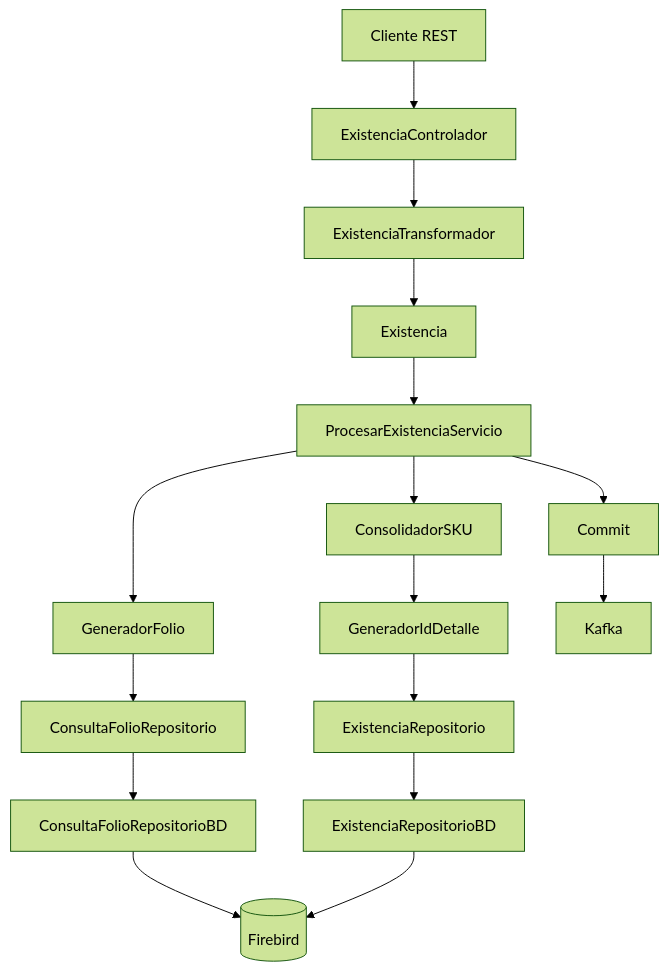
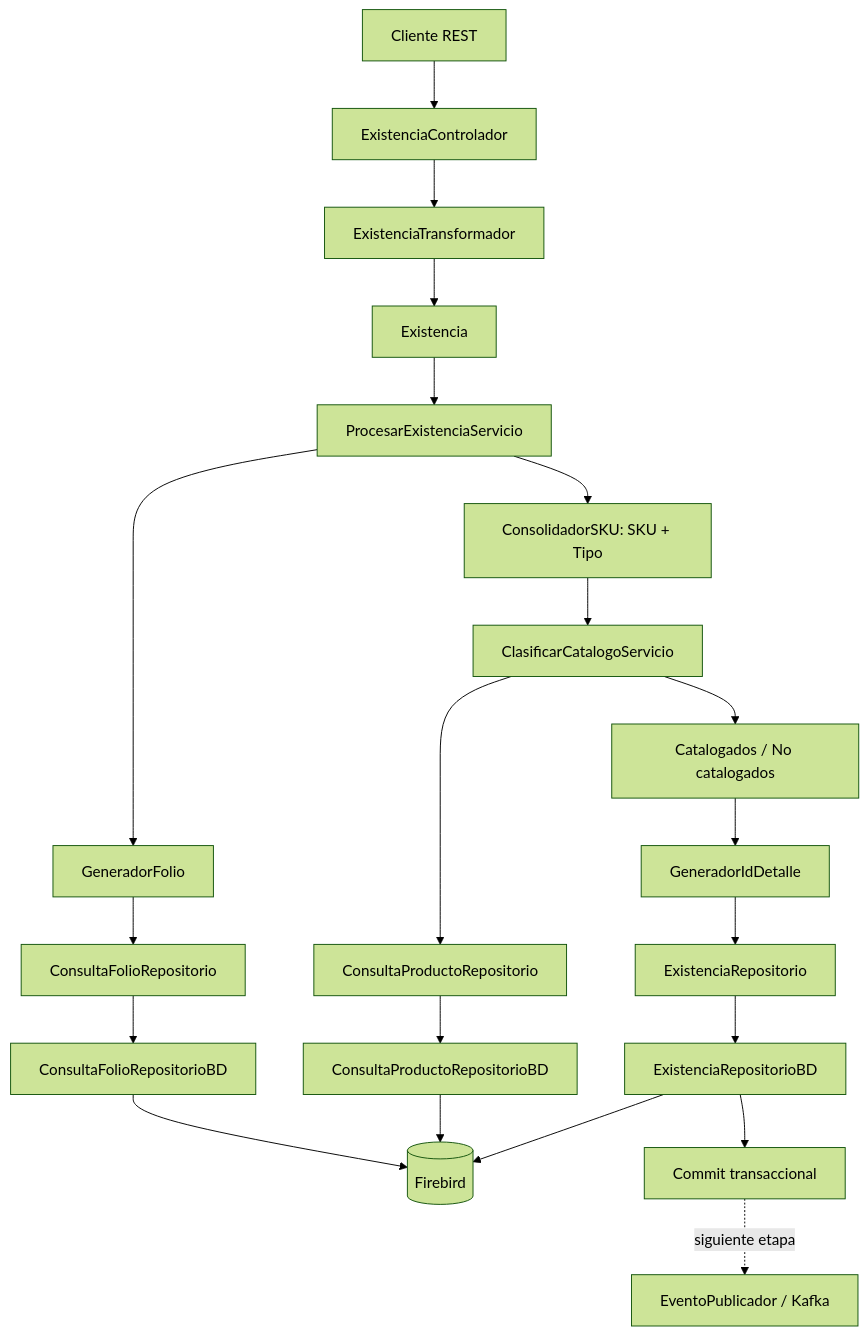
One commit to MikeBOSS87/OperacionInventarios changed the first of 3 diagrams in README.md. Above: the diagram before and after it, drawn with Mermaid (forest theme). The commit also changed other lines of this file and 15 other files, not shown here.

````diff
--- a/README.md
+++ b/README.md
@@ -203,18 +210,23 @@
 ```mermaid
 flowchart TD
     A[Cliente REST] --> B[ExistenciaControlador]
     B --> C[ExistenciaTransformador]
     C --> D[Existencia]
     D --> E[ProcesarExistenciaServicio]
     E --> F[GeneradorFolio]
     F --> G[ConsultaFolioRepositorio]
     G --> H[ConsultaFolioRepositorioBD]
     H --> I[(Firebird)]
-    E --> J[ConsolidadorSKU]
-    J --> K[GeneradorIdDetalle]
-    K --> L[ExistenciaRepositorio]
-    L --> M[ExistenciaRepositorioBD]
+    E --> J[ConsolidadorSKU: SKU + Tipo]
+    J --> K[ClasificarCatalogoServicio]
+    K --> L[ConsultaProductoRepositorio]
+    L --> M[ConsultaProductoRepositorioBD]
     M --> I
-    E --> N[Commit]
-    N --> O[Kafka]
+    K --> N[Catalogados / No catalogados]
+    N --> O[GeneradorIdDetalle]
+    O --> P[ExistenciaRepositorio]
+    P --> Q[ExistenciaRepositorioBD]
+    Q --> I
+    Q --> R[Commit transaccional]
+    R -. siguiente etapa .-> S[EventoPublicador / Kafka]
 ```
````
